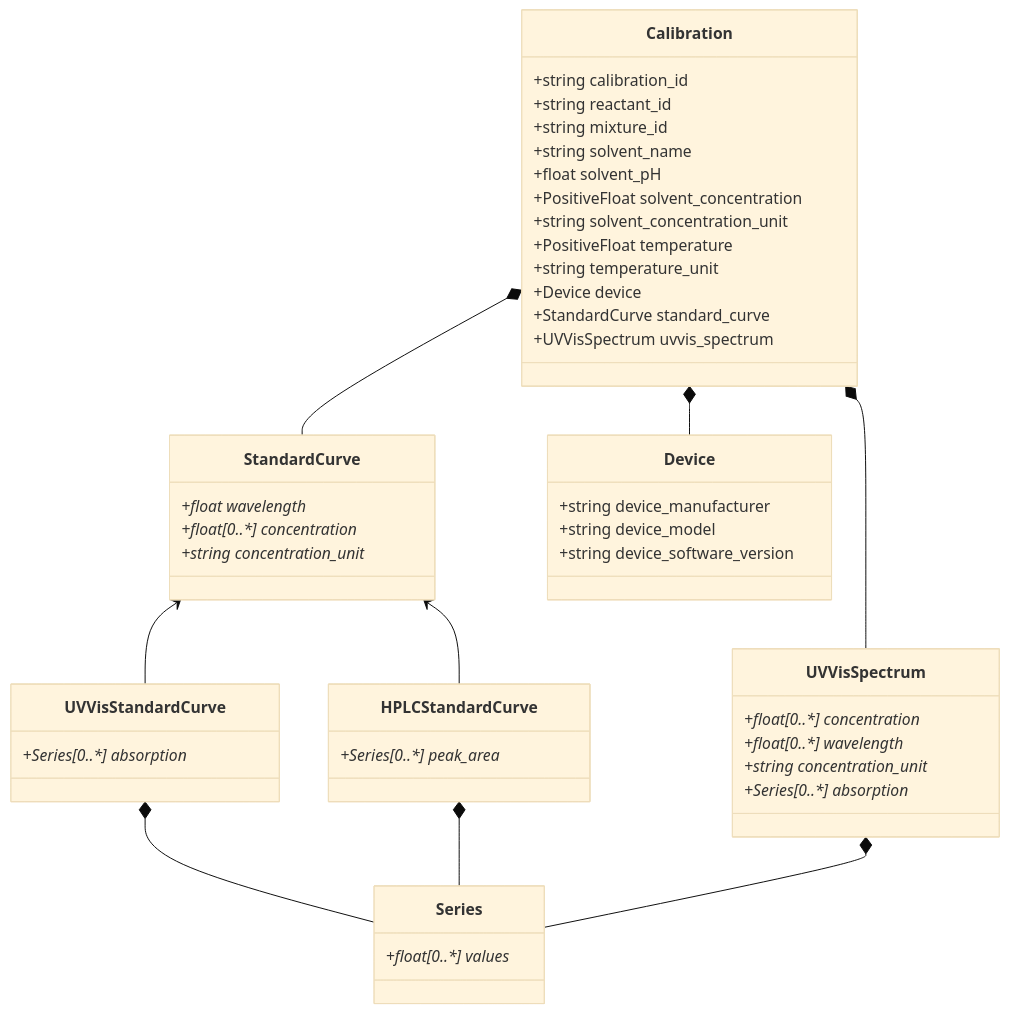
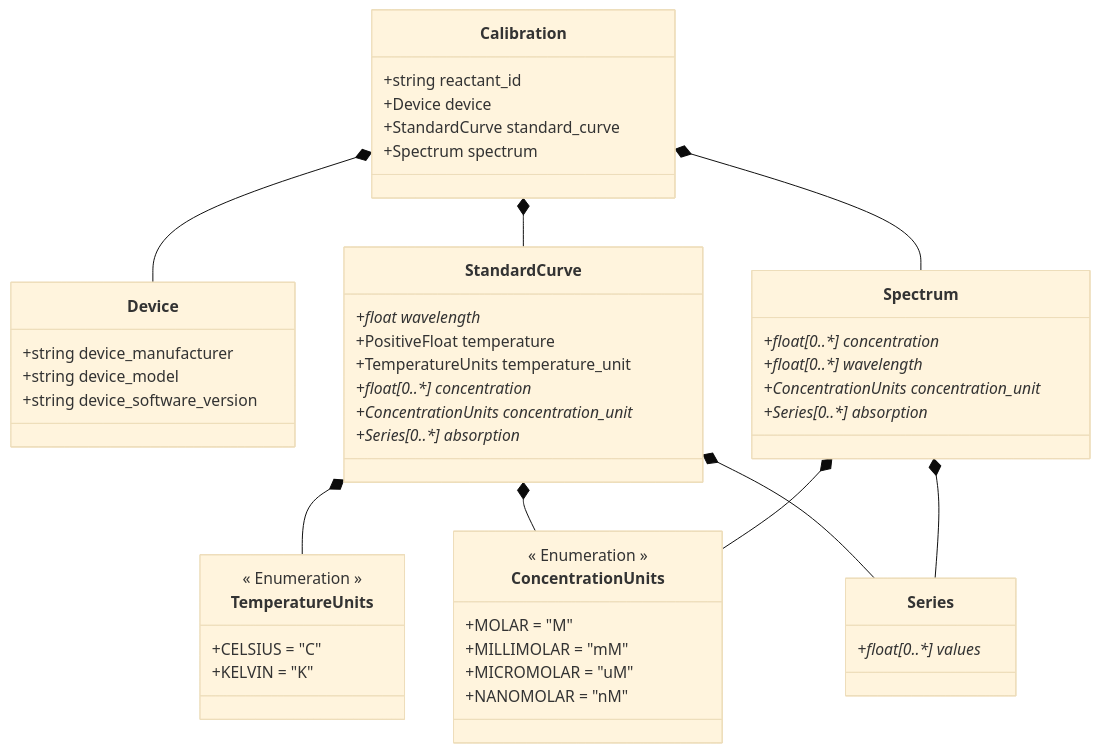
Before and after one commit to FAIRChemistry/datamodel_calibration: the diagram in datamodel_calibration/schemes/CalibrationDatamodel.md, drawn with Mermaid (base theme). The commit also changed 8 other files, not shown here.

````diff
--- a/datamodel_calibration/schemes/CalibrationDatamodel.md
+++ b/datamodel_calibration/schemes/CalibrationDatamodel.md
@@ -1,58 +1,59 @@
 ```mermaid
 classDiagram
-    StandardCurve <-- UVVisStandardCurve
-    StandardCurve <-- HPLCStandardCurve
     Calibration *-- Device
     Calibration *-- StandardCurve
-    Calibration *-- UVVisSpectrum
-    UVVisStandardCurve *-- Series
-    HPLCStandardCurve *-- Series
-    UVVisSpectrum *-- Series
+    Calibration *-- Spectrum
+    StandardCurve *-- TemperatureUnits
+    StandardCurve *-- ConcentrationUnits
+    StandardCurve *-- Series
+    Spectrum *-- ConcentrationUnits
+    Spectrum *-- Series
     
     class Calibration {
-        +string calibration_id
         +string reactant_id
-        +string mixture_id
-        +string solvent_name
-        +float solvent_pH
-        +PositiveFloat solvent_concentration
-        +string solvent_concentration_unit
-        +PositiveFloat temperature
-        +string temperature_unit
         +Device device
         +StandardCurve standard_curve
-        +UVVisSpectrum uvvis_spectrum
+        +Spectrum spectrum
     }
     
     class Device {
         +string device_manufacturer
         +string device_model
         +string device_software_version
     }
     
     class StandardCurve {
         +float wavelength*
+        +PositiveFloat temperature
+        +TemperatureUnits temperature_unit
         +float[0..*] concentration*
-        +string concentration_unit*
-    }
-    
-    class UVVisStandardCurve {
+        +ConcentrationUnits concentration_unit*
         +Series[0..*] absorption*
     }
     
-    class HPLCStandardCurve {
-        +Series[0..*] peak_area*
-    }
-    
-    class UVVisSpectrum {
+    class Spectrum {
         +float[0..*] concentration*
         +float[0..*] wavelength*
-        +string concentration_unit*
+        +ConcentrationUnits concentration_unit*
         +Series[0..*] absorption*
     }
     
     class Series {
         +float[0..*] values*
     }
     
+    class TemperatureUnits {
+        << Enumeration >>
+        +CELSIUS = "C"
+        +KELVIN = "K"
+    }
+    
+    class ConcentrationUnits {
+        << Enumeration >>
+        +MOLAR = "M"
+        +MILLIMOLAR = "mM"
+        +MICROMOLAR = "uM"
+        +NANOMOLAR = "nM"
+    }
+    
 ```
````
